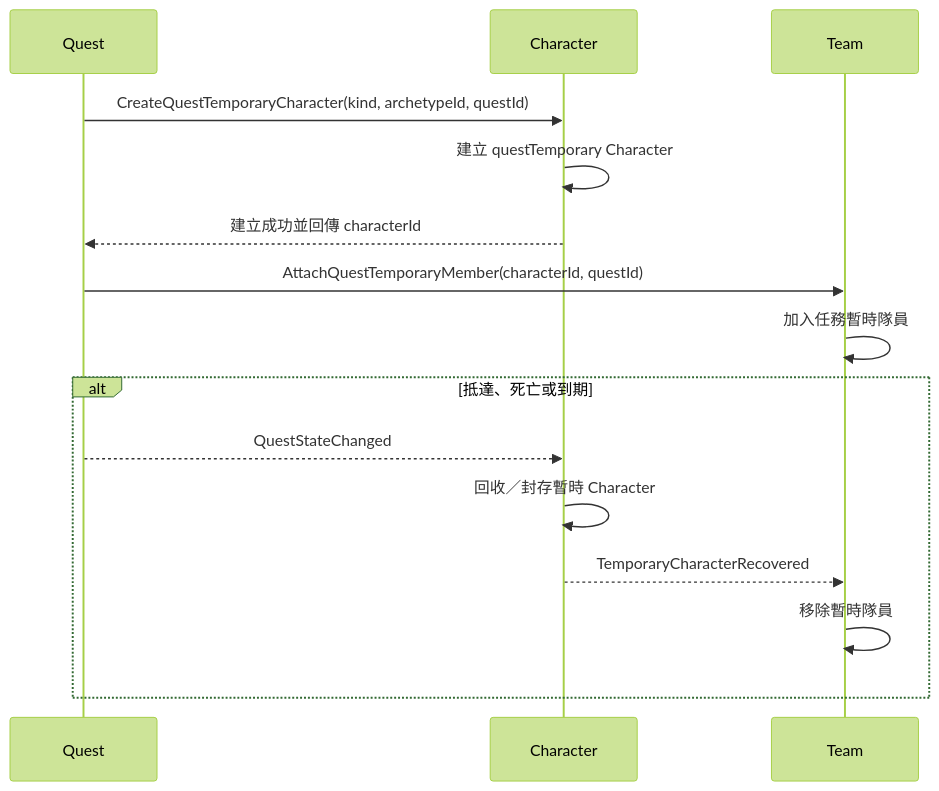
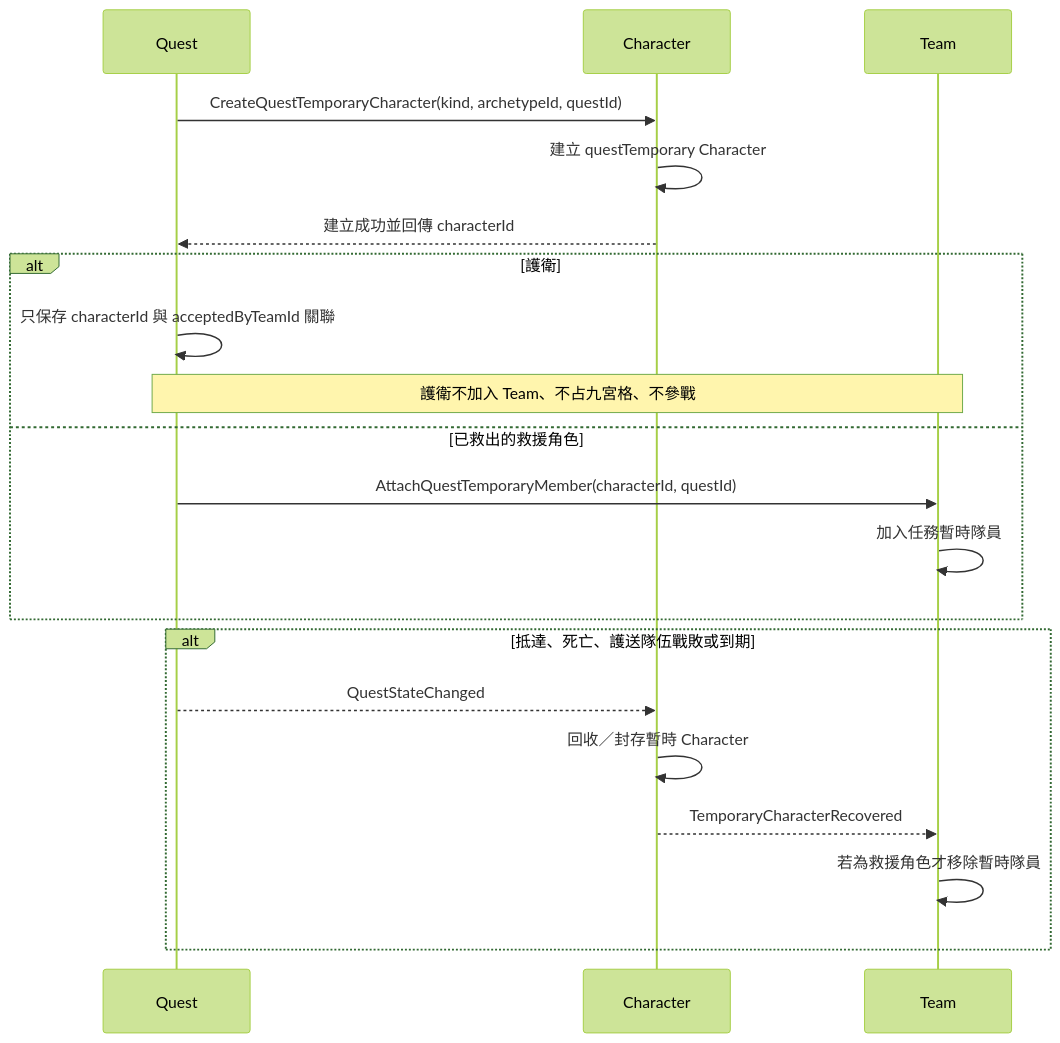
Before and after one commit to SBGChang/GreetingAdventurer: the diagram in docs/00_core/architecture/04_character_module.md, drawn with Mermaid (forest theme). The commit also changed other lines of this file and 37 other files, not shown here.

Commit message:
docs: complete gameplay architecture contracts

````diff
--- a/docs/00_core/architecture/04_character_module.md
+++ b/docs/00_core/architecture/04_character_module.md
@@ -308,18 +328,23 @@
 ```mermaid
 sequenceDiagram
   participant Q as Quest
   participant C as Character
   participant T as Team
 
   Q->>C: CreateQuestTemporaryCharacter(kind, archetypeId, questId)
   C->>C: 建立 questTemporary Character
   C-->>Q: 建立成功並回傳 characterId
-  Q->>T: AttachQuestTemporaryMember(characterId, questId)
-  T->>T: 加入任務暫時隊員
-  alt 抵達、死亡或到期
+  alt 護衛
+    Q->>Q: 只保存 characterId 與 acceptedByTeamId 關聯
+    Note over Q,T: 護衛不加入 Team、不占九宮格、不參戰
+  else 已救出的救援角色
+    Q->>T: AttachQuestTemporaryMember(characterId, questId)
+    T->>T: 加入任務暫時隊員
+  end
+  alt 抵達、死亡、護送隊伍戰敗或到期
     Q-->>C: QuestStateChanged
     C->>C: 回收／封存暫時 Character
     C-->>T: TemporaryCharacterRecovered
-    T->>T: 移除暫時隊員
+    T->>T: 若為救援角色才移除暫時隊員
   end
 ```
````
